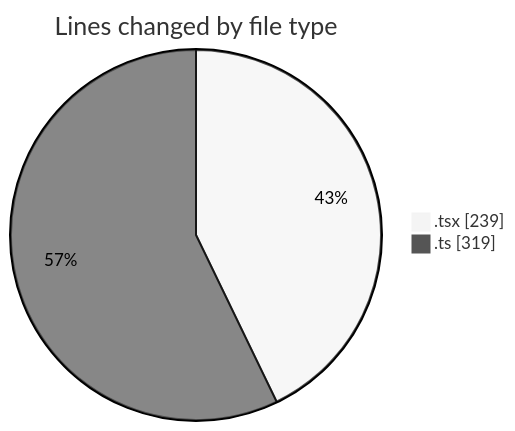
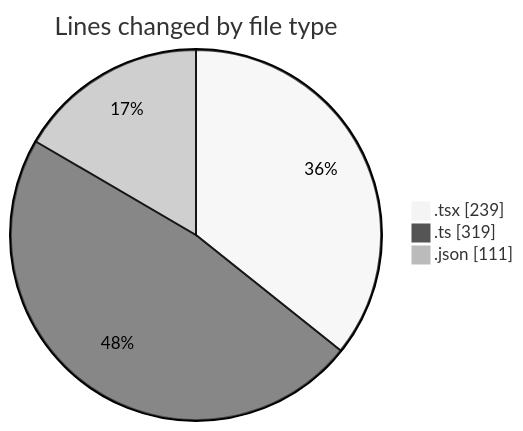
The first of 2 diagrams in 2025-11-08/eventscop-frontend-guide__workspace_/README.md (julien-gomy/code-tracking), drawn with Mermaid (neutral theme) before and after one commit. The commit also changed other lines of this file and 1 other file, not shown here.

````diff
--- a/2025-11-08/eventscop-frontend-guide__workspace_/README.md
+++ b/2025-11-08/eventscop-frontend-guide__workspace_/README.md
@@ -25,6 +26,7 @@
 ```mermaid
 pie showData
 title Lines changed by file type
 ".tsx" : 239
 ".ts" : 319
+".json" : 111
 ```
````
